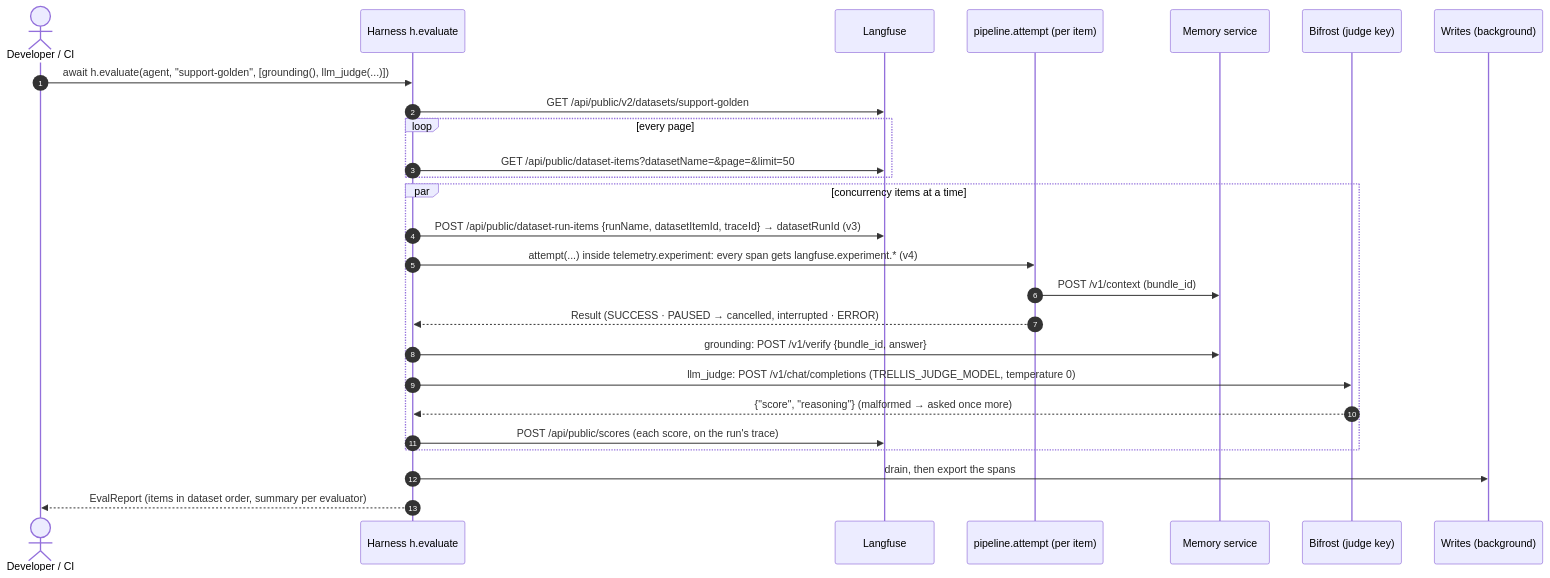
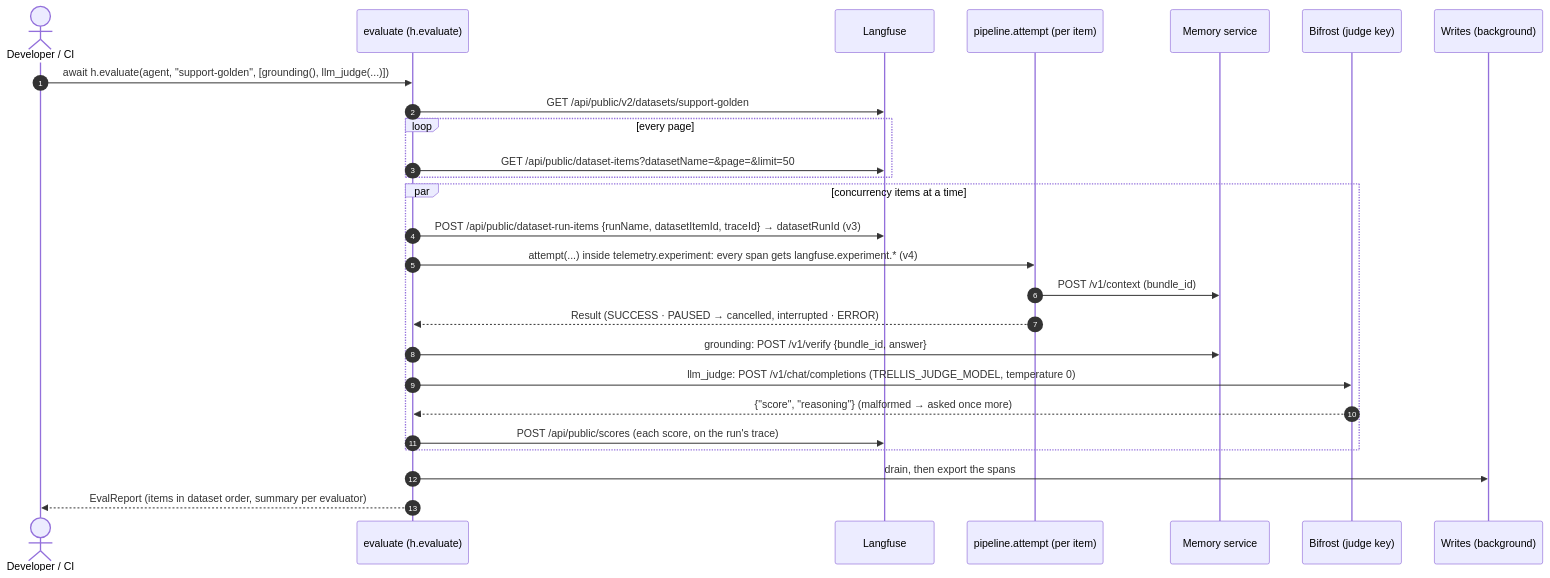
Before and after one commit to amitmohapatra/agent-harness: the eighth of 11 diagrams in ARCHITECTURE.md, drawn with Mermaid. The commit also changed other lines of this file and 138 other files, not shown here.

````diff
--- a/ARCHITECTURE.md
+++ b/ARCHITECTURE.md
@@ -401,29 +501,29 @@
 ```mermaid
 sequenceDiagram
   autonumber
   actor Dev as Developer / CI
-  participant H as Harness h.evaluate
+  participant H as evaluate (h.evaluate)
   participant LF as Langfuse
   participant P as pipeline.attempt (per item)
   participant Mem as Memory service
   participant GW as Bifrost (judge key)
   participant W as Writes (background)
 
   Dev->>H: await h.evaluate(agent, "support-golden", [grounding(), llm_judge(...)])
   H->>LF: GET /api/public/v2/datasets/support-golden
   loop every page
     H->>LF: GET /api/public/dataset-items?datasetName=&page=&limit=50
   end
   par concurrency items at a time
     H->>LF: POST /api/public/dataset-run-items {runName, datasetItemId, traceId} → datasetRunId (v3)
     H->>P: attempt(...) inside telemetry.experiment: every span gets langfuse.experiment.* (v4)
     P->>Mem: POST /v1/context (bundle_id)
     P-->>H: Result (SUCCESS · PAUSED → cancelled, interrupted · ERROR)
     H->>Mem: grounding: POST /v1/verify {bundle_id, answer}
     H->>GW: llm_judge: POST /v1/chat/completions (TRELLIS_JUDGE_MODEL, temperature 0)
     GW-->>H: {"score", "reasoning"} (malformed → asked once more)
     H->>LF: POST /api/public/scores (each score, on the run's trace)
   end
   H->>W: drain, then export the spans
   H-->>Dev: EvalReport (items in dataset order, summary per evaluator)
 ```
````
